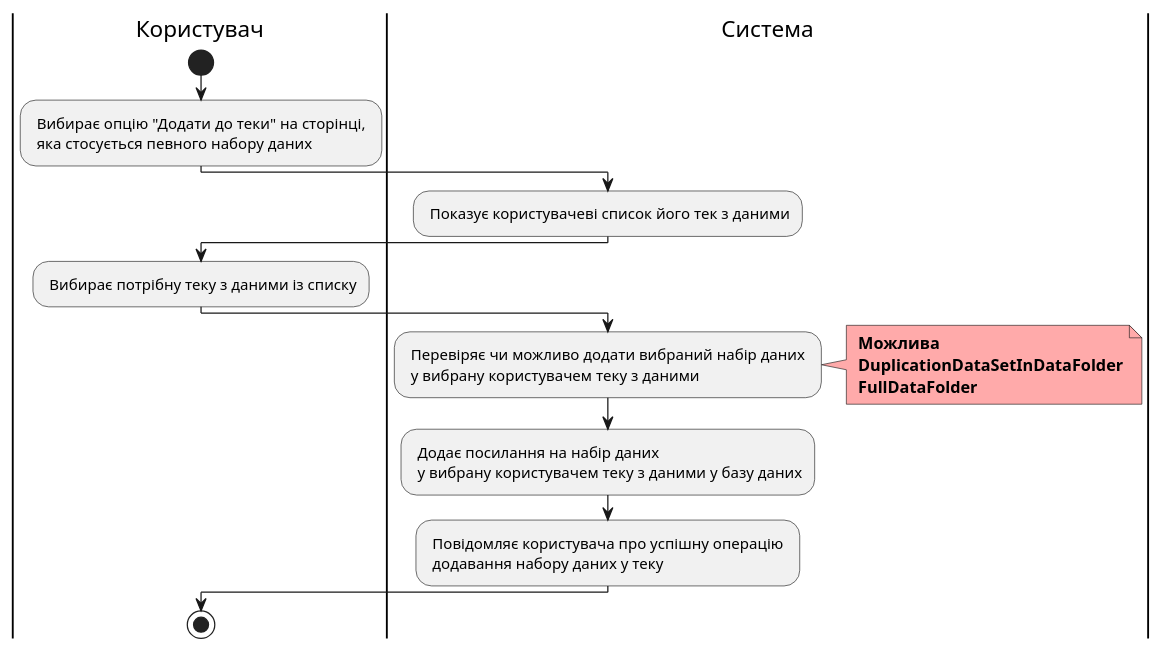
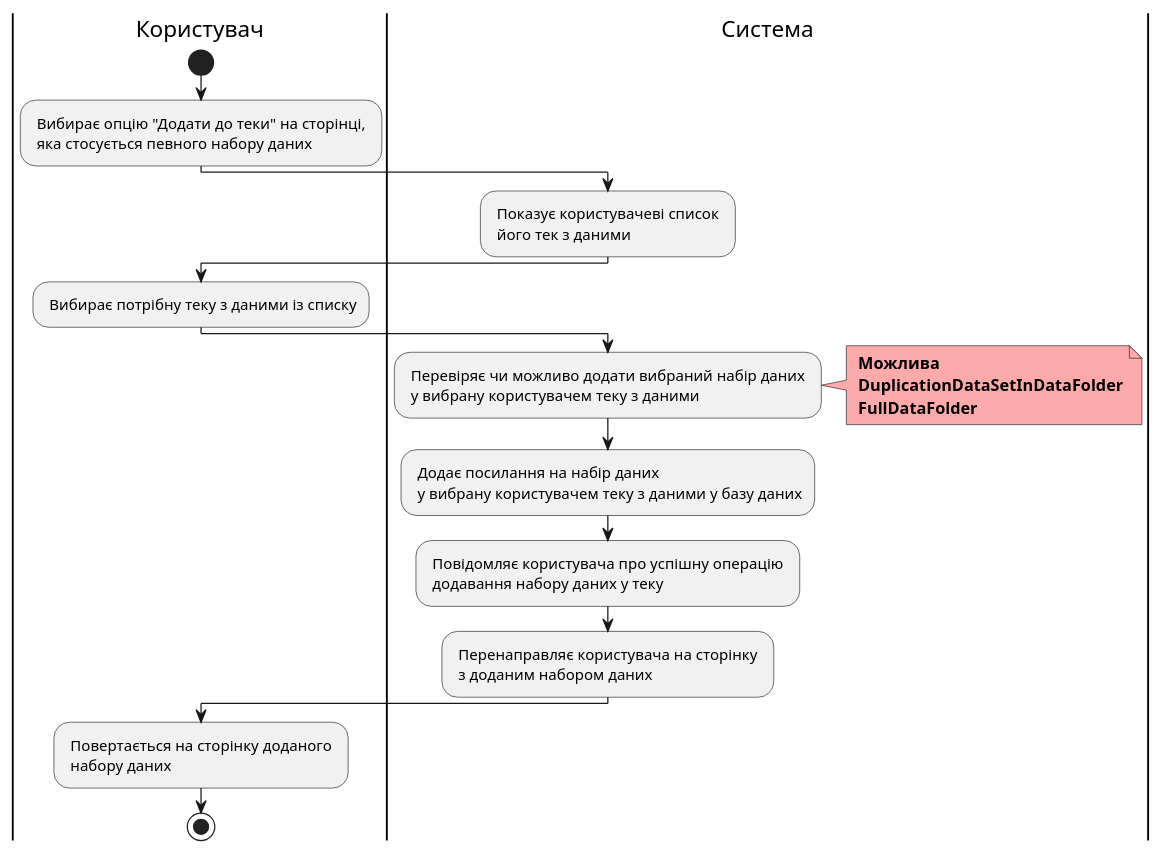
Before and after one commit to edu-db/edu_db_labs: diagram 16 of 23 in docs/use cases/README.md, drawn with PlantUML. The commit also changed 1 other file, not shown here.

Commit message:
fix: AddDataToDataFolder usage scenario

```diff
--- a/docs/use cases/README.md
+++ b/docs/use cases/README.md
@@ -622,28 +622,32 @@
 @startuml
 
     |Користувач|
     start;
     : Вибирає опцію "Додати до теки" на сторінці, \n яка стосується певного набору даних;
 
     |Система|
-    : Показує користувачеві список його тек з даними;
+    : Показує користувачеві список \n його тек з даними;
 
     |Користувач|
     : Вибирає потрібну теку з даними із списку;
 
     |Система|
     : Перевіряє чи можливо додати вибраний набір даних \n у вибрану користувачем теку з даними;
     note right #ffaaaa
     <b> Можлива
     <b> DuplicationDataSetInDataFolder
     <b> FullDataFolder
     end note
 
     |Система|
     : Додає посилання на набір даних \n у вибрану користувачем теку з даними у базу даних;
     : Повідомляє користувача про успішну операцію \n додавання набору даних у теку;
+    : Перенаправляє користувача на сторінку \n з доданим набором даних;
+
+
 
     |Користувач|
+    : Повертається на сторінку доданого \n набору даних;
     stop;
 
 @enduml
```
